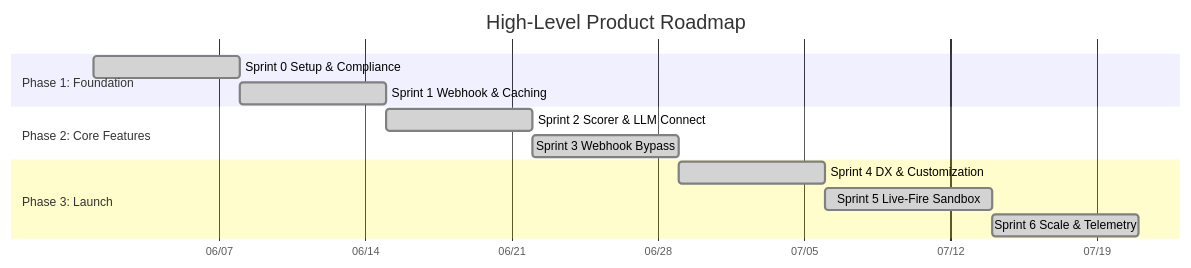
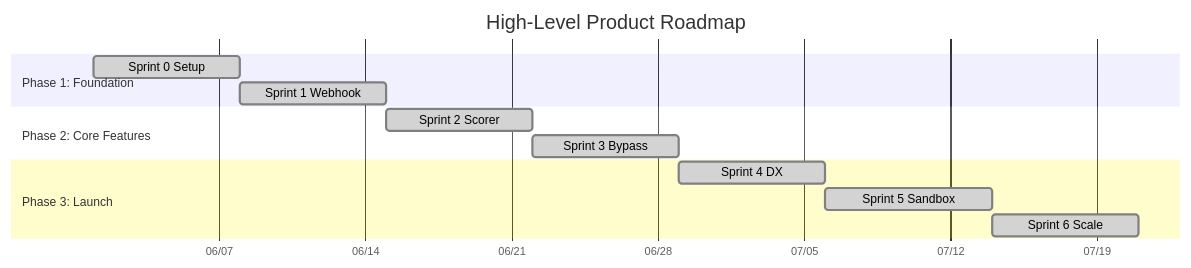
One commit to tinhct/archi-check changed the diagram in docs/PM/Product_Roadmap.md. Above: the diagram before and after it, drawn with Mermaid.

Commit message:
docs: use ultra-short task labels in Gantt chart to eliminate hover overlap

````diff
--- a/docs/PM/Product_Roadmap.md
+++ b/docs/PM/Product_Roadmap.md
@@ -10,19 +10,19 @@
 ```mermaid
 gantt
     title High-Level Product Roadmap
     dateFormat YYYY-MM-DD
     axisFormat %m/%d
     
     section Phase 1: Foundation
-    Sprint 0 Setup & Compliance      :done, sprint0, 2026-06-01, 7d
-    Sprint 1 Webhook & Caching       :done, sprint1, after sprint0, 7d
+    Sprint 0 Setup                   :done, sprint0, 2026-06-01, 7d
+    Sprint 1 Webhook                 :done, sprint1, after sprint0, 7d
     
     section Phase 2: Core Features
-    Sprint 2 Scorer & LLM Connect    :done, sprint2, after sprint1, 7d
-    Sprint 3 Webhook Bypass          :done, sprint3, after sprint2, 7d
+    Sprint 2 Scorer                  :done, sprint2, after sprint1, 7d
+    Sprint 3 Bypass                  :done, sprint3, after sprint2, 7d
     
     section Phase 3: Launch
-    Sprint 4 DX & Customization      :done, sprint4, after sprint3, 7d
-    Sprint 5 Live-Fire Sandbox       :done, sprint5, after sprint4, 8d
-    Sprint 6 Scale & Telemetry       :done, sprint6, after sprint5, 7d
+    Sprint 4 DX                      :done, sprint4, after sprint3, 7d
+    Sprint 5 Sandbox                 :done, sprint5, after sprint4, 8d
+    Sprint 6 Scale                   :done, sprint6, after sprint5, 7d
 ```
````
